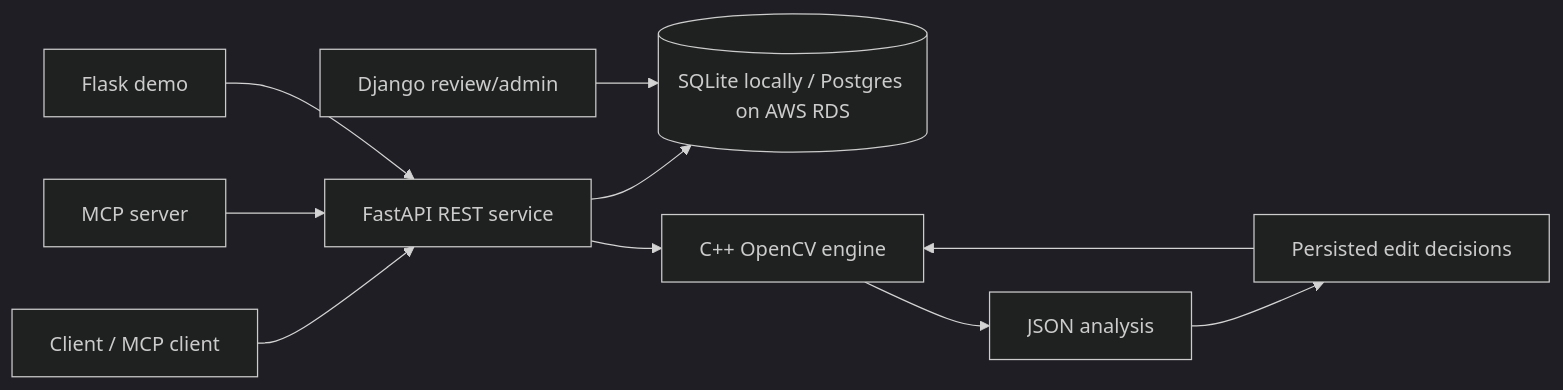
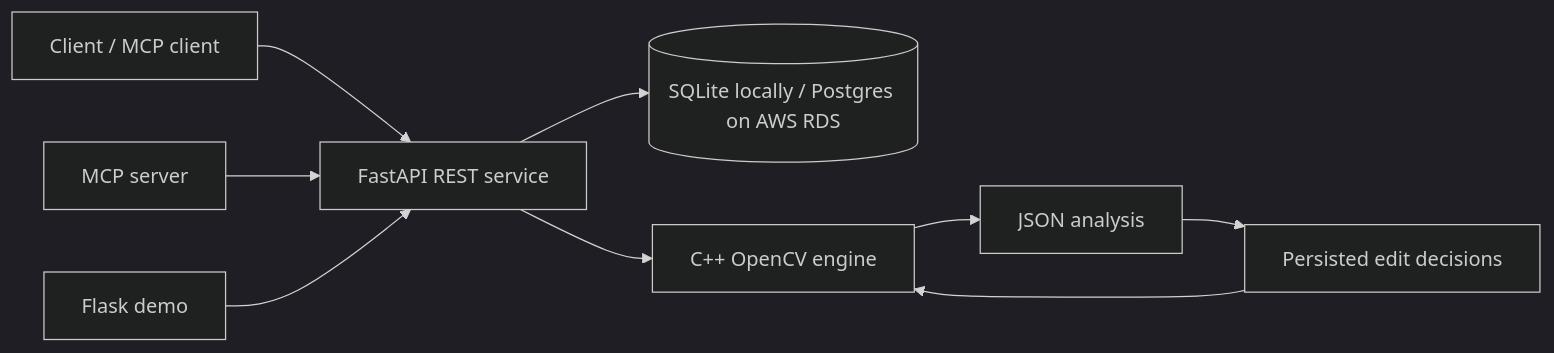
Before and after one commit to matttavares9/Automated-Video-Editor: the diagram in README.md, drawn with Mermaid (dark theme). The commit also changed other lines of this file and 17 other files, not shown here.

Commit message:
Remove Django review app

````diff
--- a/README.md
+++ b/README.md
@@ -44,12 +44,11 @@
 ```mermaid
 flowchart LR
   U[Client / MCP client] --> API[FastAPI REST service]
   API --> DB[(SQLite locally / Postgres on AWS RDS)]
   API --> E[C++ OpenCV engine]
   E --> A[JSON analysis]
   A --> D[Persisted edit decisions]
   D --> E
   M[MCP server] --> API
   F[Flask demo] --> API
-  J[Django review/admin] --> DB
 ```
````
